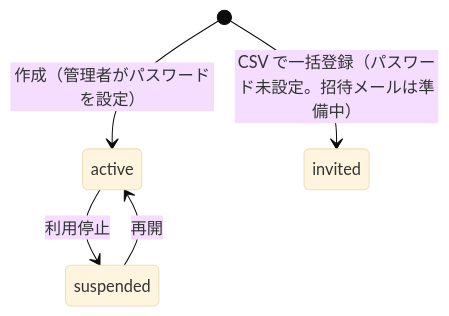
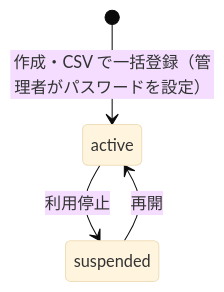
Before and after one commit to Graduation-Project-2026-11-09/agent-rag-system: the second of 4 diagrams in docs/architecture/domain-model.md, drawn with Mermaid (base theme). The commit also changed other lines of this file and 13 other files, not shown here.

````diff
--- a/docs/architecture/domain-model.md
+++ b/docs/architecture/domain-model.md
@@ -140,7 +141,6 @@
 ```mermaid
 stateDiagram-v2
-  [*] --> active : 作成（管理者がパスワードを設定）
-  [*] --> invited : CSV で一括登録（パスワード未設定。招待メールは準備中）
+  [*] --> active : 作成・CSV で一括登録（管理者がパスワードを設定）
   active --> suspended : 利用停止
   suspended --> active : 再開
 ```
````
